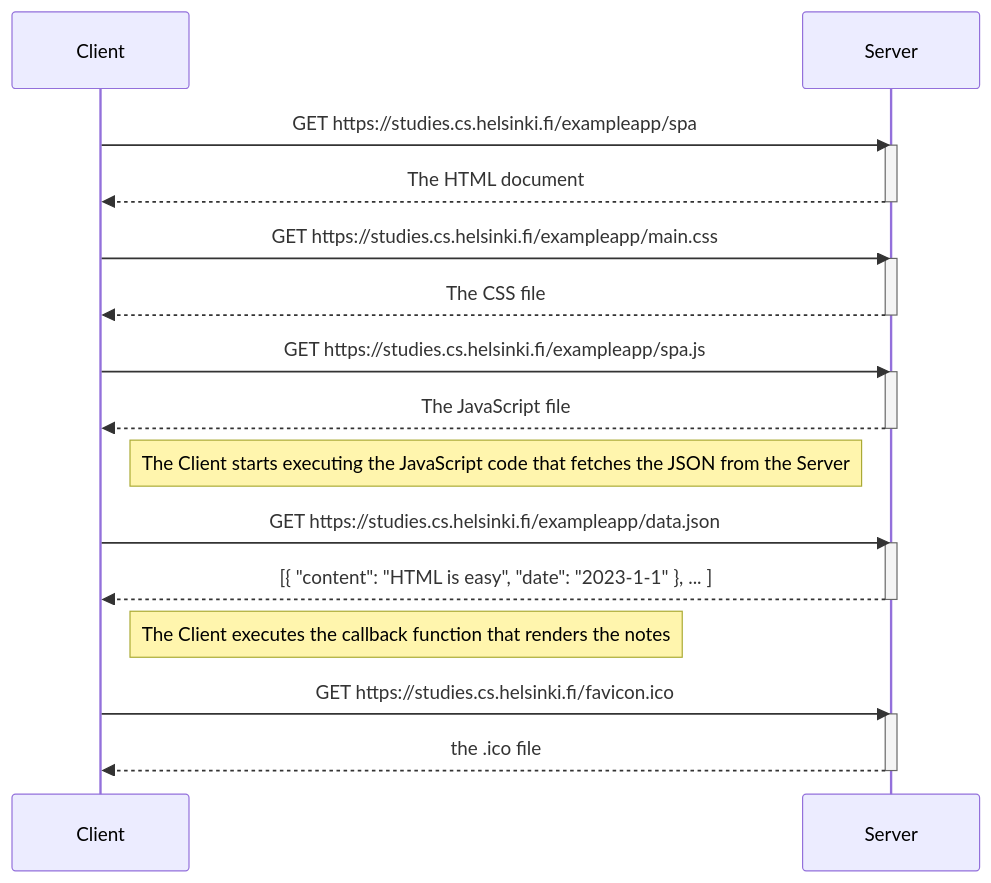
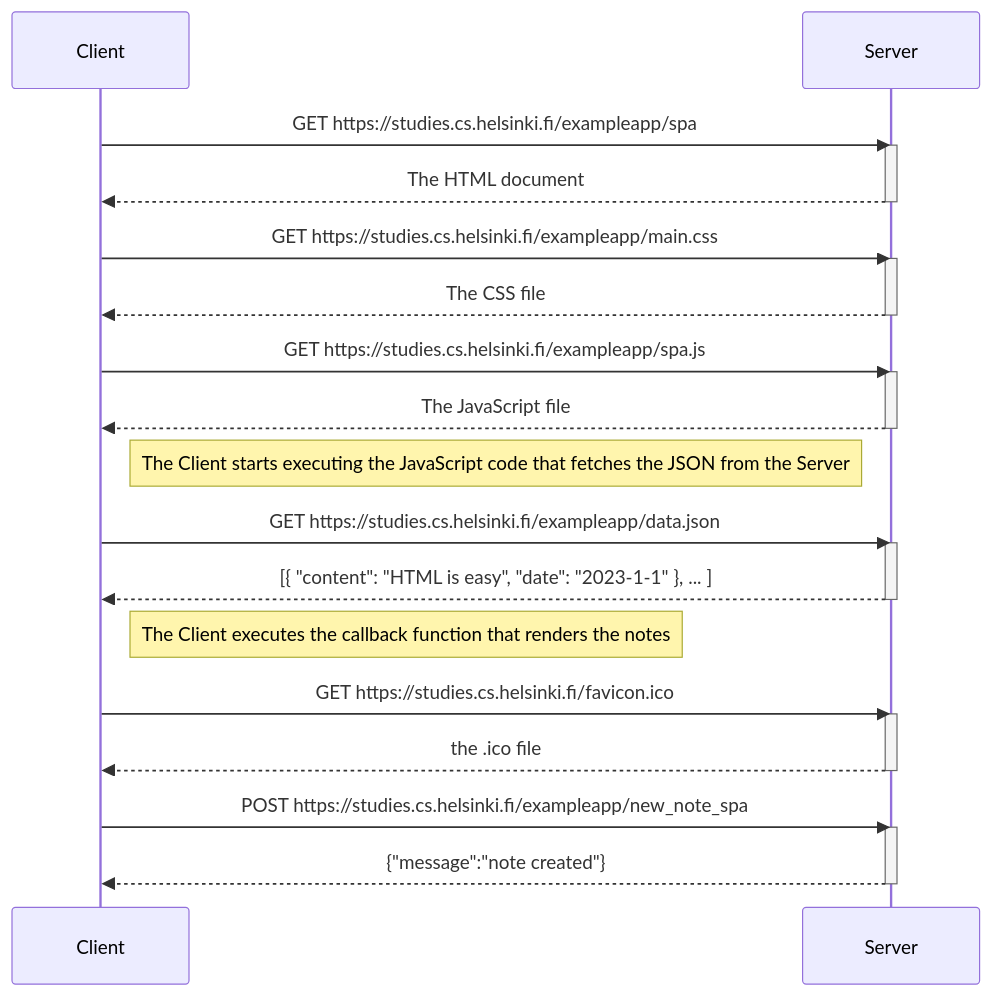
Before and after one commit to skock056/csi4103-lab2: the second of 2 diagrams in README.md, drawn with Mermaid. The commit also changed other lines of this file, not shown here.

Commit message:
Explanations for 0.4 and 0.5 as well as last seq.

````diff
--- a/README.md
+++ b/README.md
@@ -50,34 +50,39 @@
 ```mermaid
 sequenceDiagram
     participant Client
     participant Server
 
     Client->>Server: GET https://studies.cs.helsinki.fi/exampleapp/spa
     activate Server
     Server-->>Client: The HTML document
     deactivate Server
     
     Client->>Server: GET https://studies.cs.helsinki.fi/exampleapp/main.css
     activate Server
     Server-->>Client: The CSS file
     deactivate Server
     
     Client->>Server: GET https://studies.cs.helsinki.fi/exampleapp/spa.js
     activate Server
     Server-->>Client: The JavaScript file
     deactivate Server
     
     Note right of Client: The Client starts executing the JavaScript code that fetches the JSON from the Server
     
     Client->>Server: GET https://studies.cs.helsinki.fi/exampleapp/data.json
     activate Server
     Server-->>Client: [{ "content": "HTML is easy", "date": "2023-1-1" }, ... ]
     deactivate Server
 
     Note right of Client: The Client executes the callback function that renders the notes 
 
     Client->>Server: GET https://studies.cs.helsinki.fi/favicon.ico
     activate Server
     Server-->>Client: the .ico file
     deactivate Server
+
+    Client->>Server: POST https://studies.cs.helsinki.fi/exampleapp/new_note_spa
+    activate Server
+    Server-->>Client: {"message":"note created"}
+    deactivate Server
 ```
````
